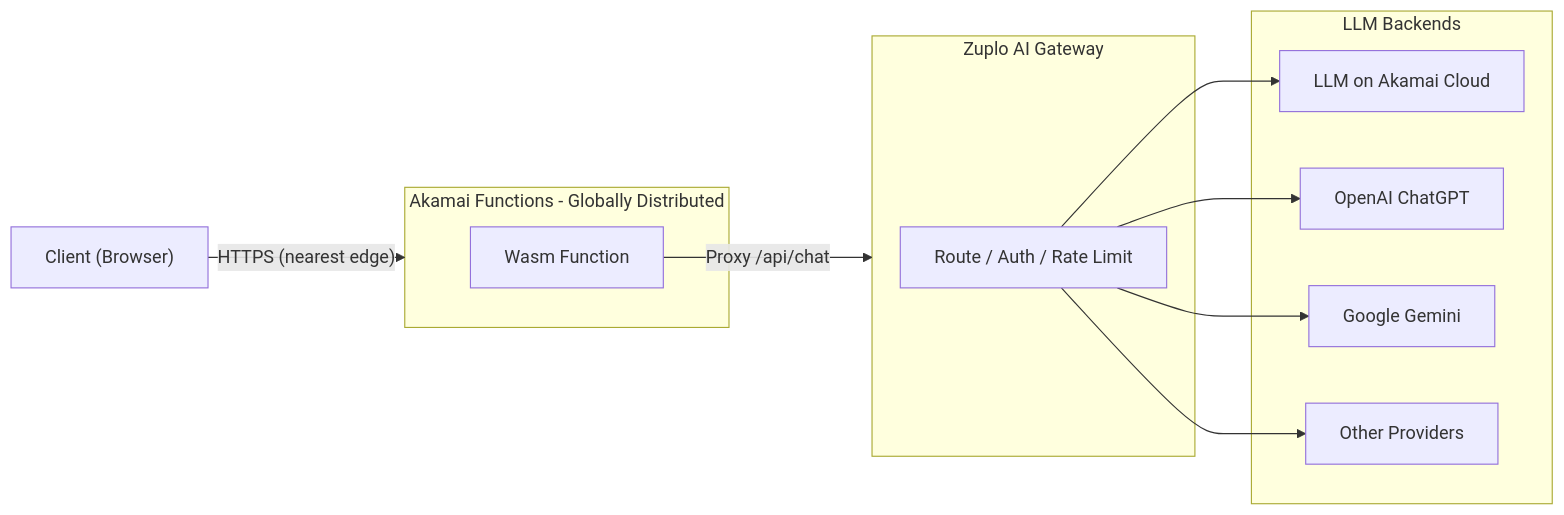
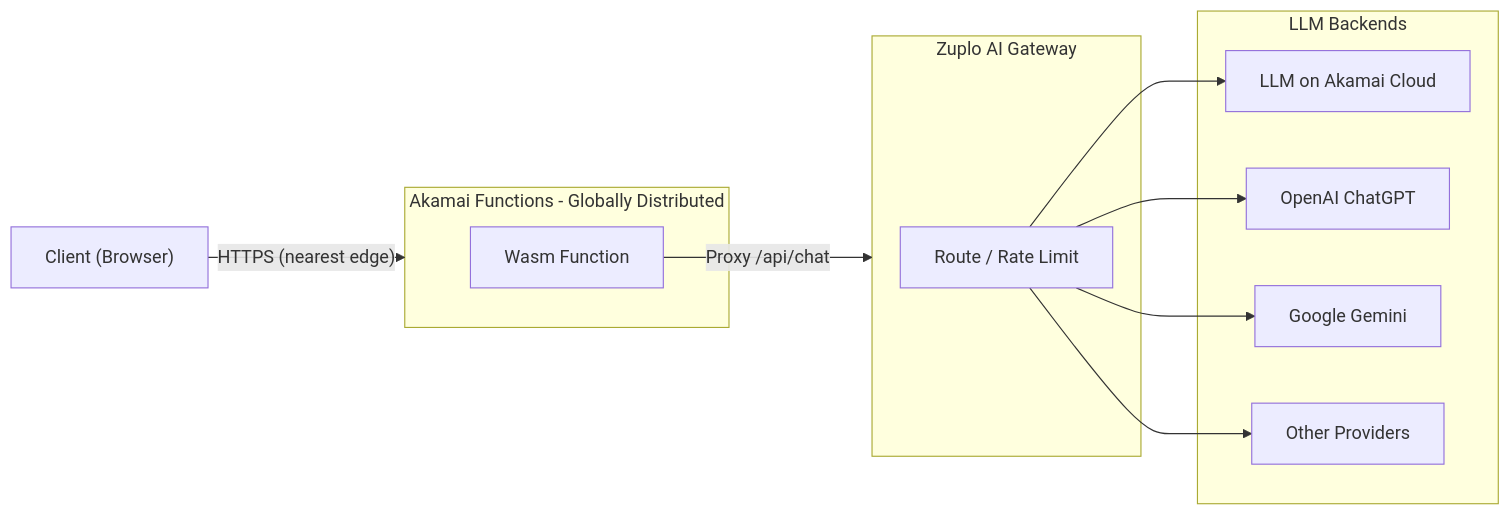
One commit to hikaneko/AkamaiFunctionsSample changed the diagram in zuplo-wasm-ai-gateway/README.md. Above: the diagram before and after it, drawn with Mermaid.

Commit message:
Remove Auth from Zuplo AI Gateway label in architecture diagram

````diff
--- a/zuplo-wasm-ai-gateway/README.md
+++ b/zuplo-wasm-ai-gateway/README.md
@@ -7,23 +7,23 @@
 ```mermaid
 flowchart LR
     Client["Client (Browser)"]
 
     subgraph Akamai ["Akamai Functions - Globally Distributed"]
         F["Wasm Function"]
     end
 
     subgraph Zuplo ["Zuplo AI Gateway"]
-        GW["Route / Auth / Rate Limit"]
+        GW["Route / Rate Limit"]
     end
 
     subgraph LLMs ["LLM Backends"]
         L1["LLM on Akamai Cloud"]
         L2["OpenAI ChatGPT"]
         L3["Google Gemini"]
         L4["Other Providers"]
     end
 
     Client -->|"HTTPS (nearest edge)"| Akamai
     F -->|"Proxy /api/chat"| Zuplo
     GW --> L1 & L2 & L3 & L4
 ```
````
